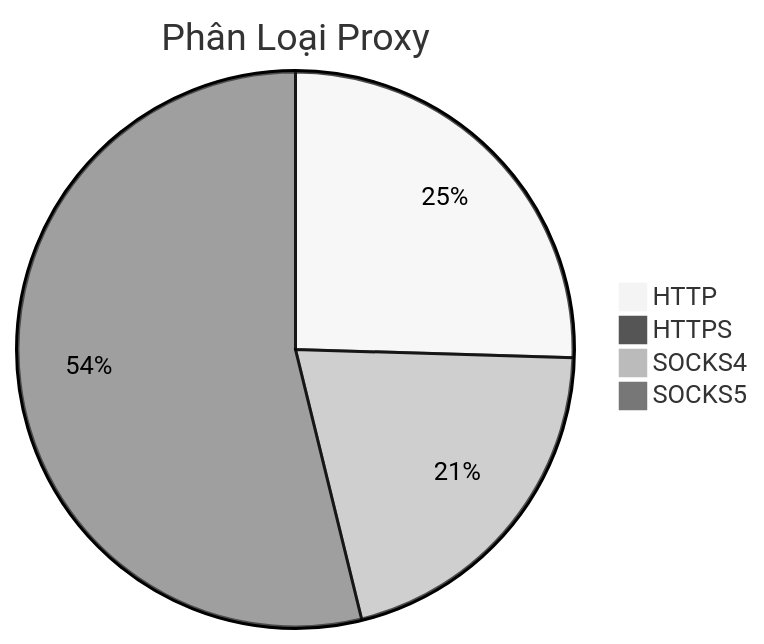
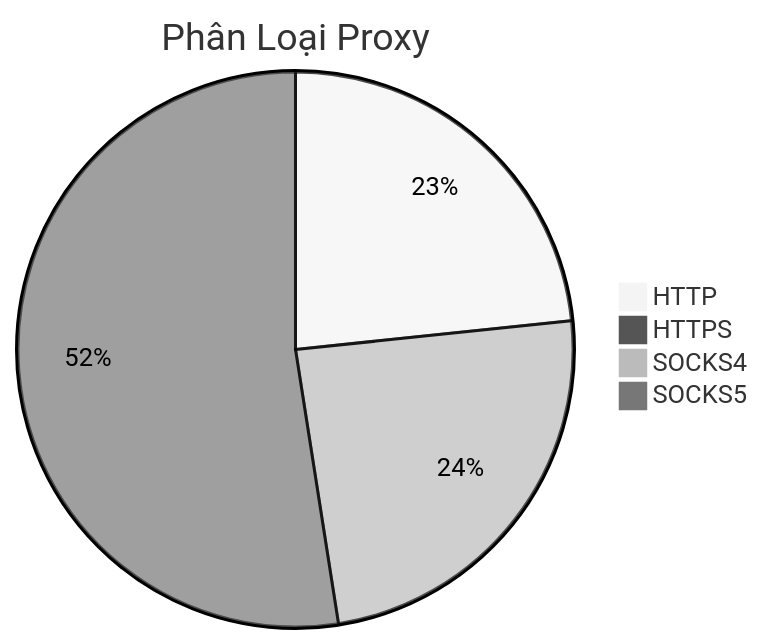
One commit to Ciara-Aa/PROXY-free changed the diagram in README.md. Above: the diagram before and after it, drawn with Mermaid (neutral theme). The commit also changed other lines of this file and 4 other files, not shown here.

````diff
--- a/README.md
+++ b/README.md
@@ -26,7 +26,7 @@
 ```mermaid
 pie title Phân Loại Proxy
-    "HTTP" : 203
+    "HTTP" : 198
     "HTTPS" : 2
-    "SOCKS4" : 165
-    "SOCKS5" : 429
+    "SOCKS4" : 205
+    "SOCKS5" : 445
 ```
````
